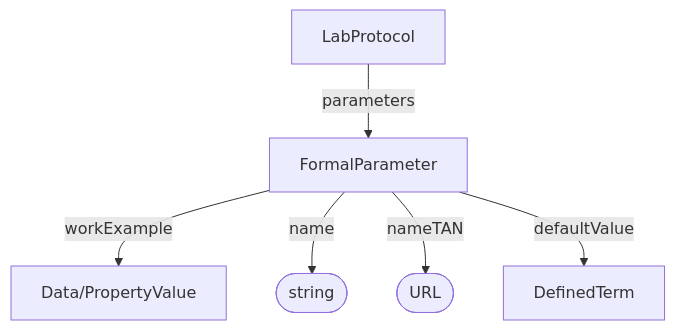
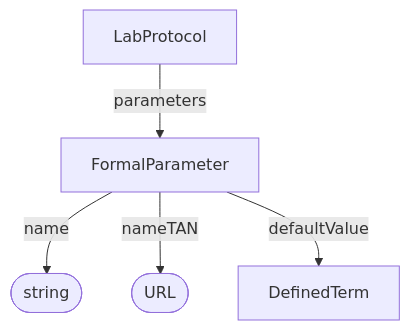
The diagram in spec/core/FormalParameter.md (HLWeil/ProcessCore), drawn with Mermaid before and after one commit. The commit also changed 2 other files, not shown here.

Commit message:
docs: align core spec relationships

````diff
--- a/spec/core/FormalParameter.md
+++ b/spec/core/FormalParameter.md
@@ -19,12 +19,11 @@
 ```mermaid
 flowchart TD
 
     na@{ shape: stadium, label: "string" }
     nt@{ shape: stadium, label: "URL" }
 
     LabProtocol --parameters--> FormalParameter
-    FormalParameter --workExample--> Data/PropertyValue
     FormalParameter --name--> na
     FormalParameter --nameTAN--> nt
     FormalParameter --defaultValue--> DefinedTerm
 ```
````
